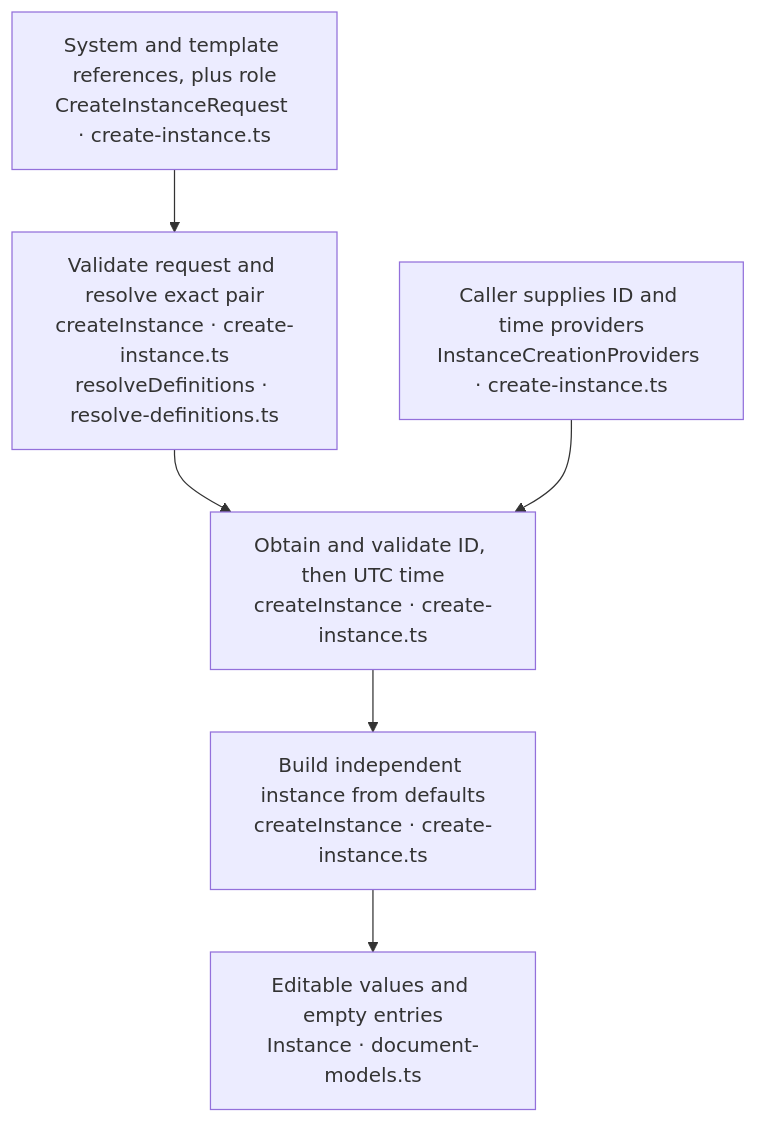
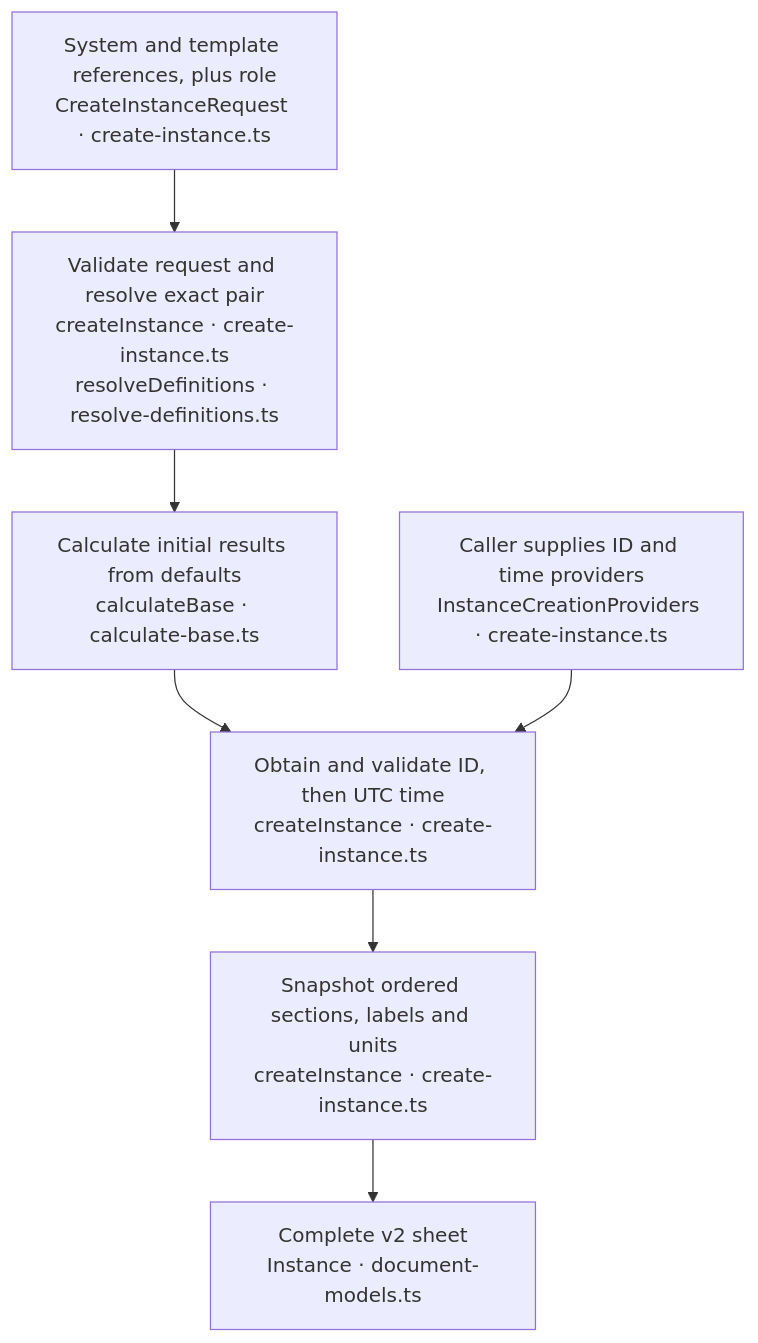
The second of 5 diagrams in src/domain/architecture.md (bduhbya/rpg_buddy), drawn with Mermaid before and after one commit. The commit also changed other lines of this file and 45 other files, not shown here.

````diff
--- a/src/domain/architecture.md
+++ b/src/domain/architecture.md
@@ -36,8 +36,9 @@
 ```mermaid
 flowchart TD
     A["System and template references, plus role<br/>CreateInstanceRequest · create-instance.ts"] --> B["Validate request and resolve exact pair<br/>createInstance · create-instance.ts<br/>resolveDefinitions · resolve-definitions.ts"]
-    B --> C["Obtain and validate ID, then UTC time<br/>createInstance · create-instance.ts"]
+    B --> F["Calculate initial results from defaults<br/>calculateBase · calculate-base.ts"]
+    F --> C["Obtain and validate ID, then UTC time<br/>createInstance · create-instance.ts"]
     P["Caller supplies ID and time providers<br/>InstanceCreationProviders · create-instance.ts"] --> C
-    C --> D["Build independent instance from defaults<br/>createInstance · create-instance.ts"]
-    D --> E["Editable values and empty entries<br/>Instance · document-models.ts"]
+    C --> D["Snapshot ordered sections, labels and units<br/>createInstance · create-instance.ts"]
+    D --> E["Complete v2 sheet<br/>Instance · document-models.ts"]
 ```
````
